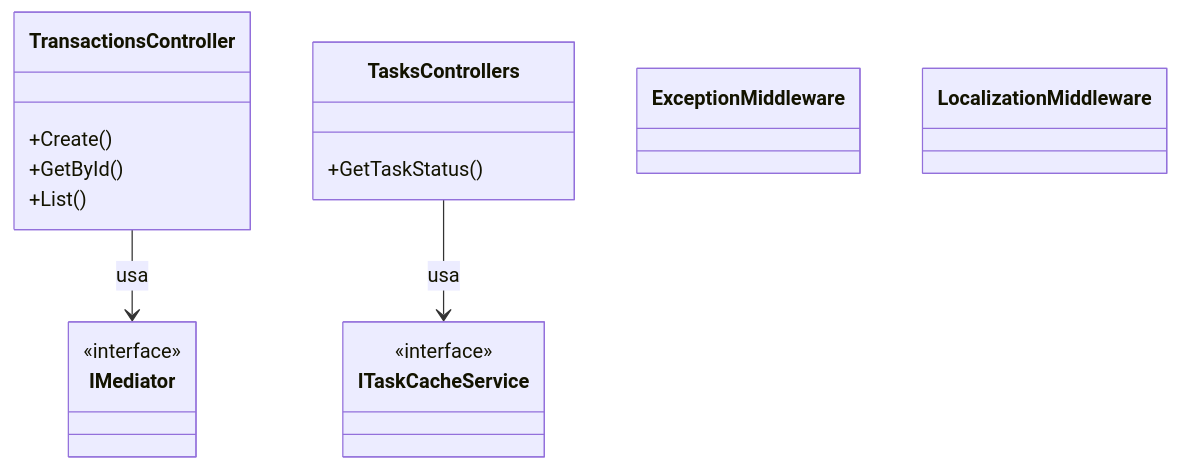
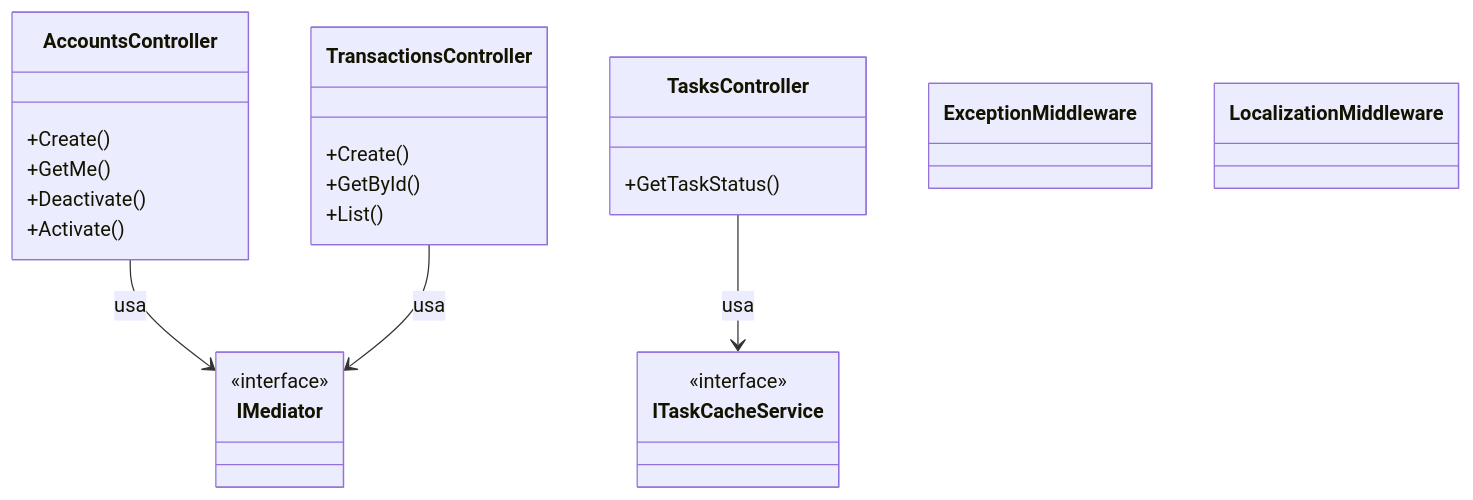
The first of 3 diagrams in docs/architecture/cashflow/layer-01-api.md (filipececcon/arch-challenge), drawn with Mermaid before and after one commit. The commit also changed other lines of this file and 38 other files, not shown here.

First line of the commit message:
Refactor Cashflow architecture docs for account aggregate and unified outbox

````diff
--- a/docs/architecture/cashflow/layer-01-api.md
+++ b/docs/architecture/cashflow/layer-01-api.md
@@ -28,26 +29,34 @@
 ```mermaid
 classDiagram
+    class AccountsController {
+        +Create()
+        +GetMe()
+        +Deactivate()
+        +Activate()
+    }
+
     class TransactionsController {
         +Create()
         +GetById()
         +List()
     }
 
-    class TasksControllers {
+    class TasksController {
         +GetTaskStatus()
     }
 
     class ExceptionMiddleware
     class LocalizationMiddleware
 
     class IMediator {
         <<interface>>
     }
 
     class ITaskCacheService {
         <<interface>>
     }
 
+    AccountsController --> IMediator : usa
     TransactionsController --> IMediator : usa
-    TasksControllers --> ITaskCacheService : usa
+    TasksController --> ITaskCacheService : usa
 ```
````
